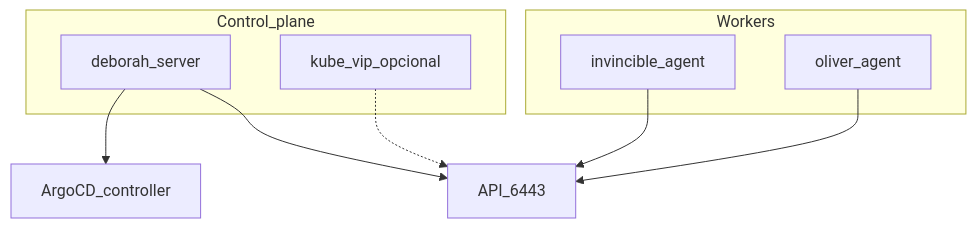
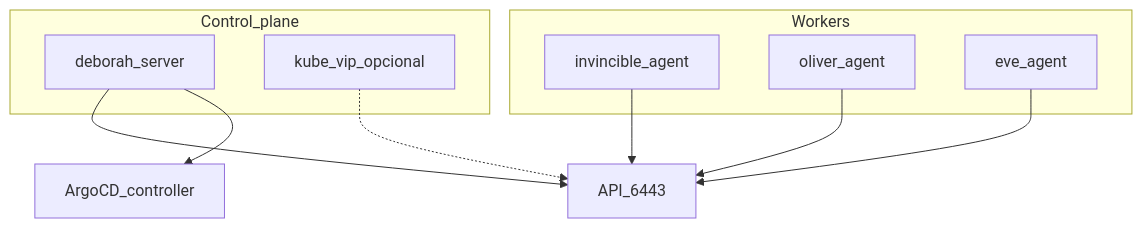
Before and after one commit to maceosoft/homelab: the diagram in docs/implementacion/fase-3-k3s.en.md, drawn with Mermaid. The commit also changed other lines of this file and 161 other files, not shown here.

````diff
--- a/docs/implementacion/fase-3-k3s.en.md
+++ b/docs/implementacion/fase-3-k3s.en.md
@@ -50,16 +56,18 @@
 ```mermaid
 flowchart TB
   subgraph cp [Control_plane]
     DEB[deborah_server]
     VIP[kube_vip_opcional]
   end
   subgraph workers [Workers]
     INV[invincible_agent]
     NOL[oliver_agent]
+    EVE[eve_agent]
   end
   DEB --> API[API_6443]
   VIP -.-> API
   INV --> API
   NOL --> API
+  EVE --> API
   DEB --> ArgoCD[ArgoCD_controller]
 ```
````
